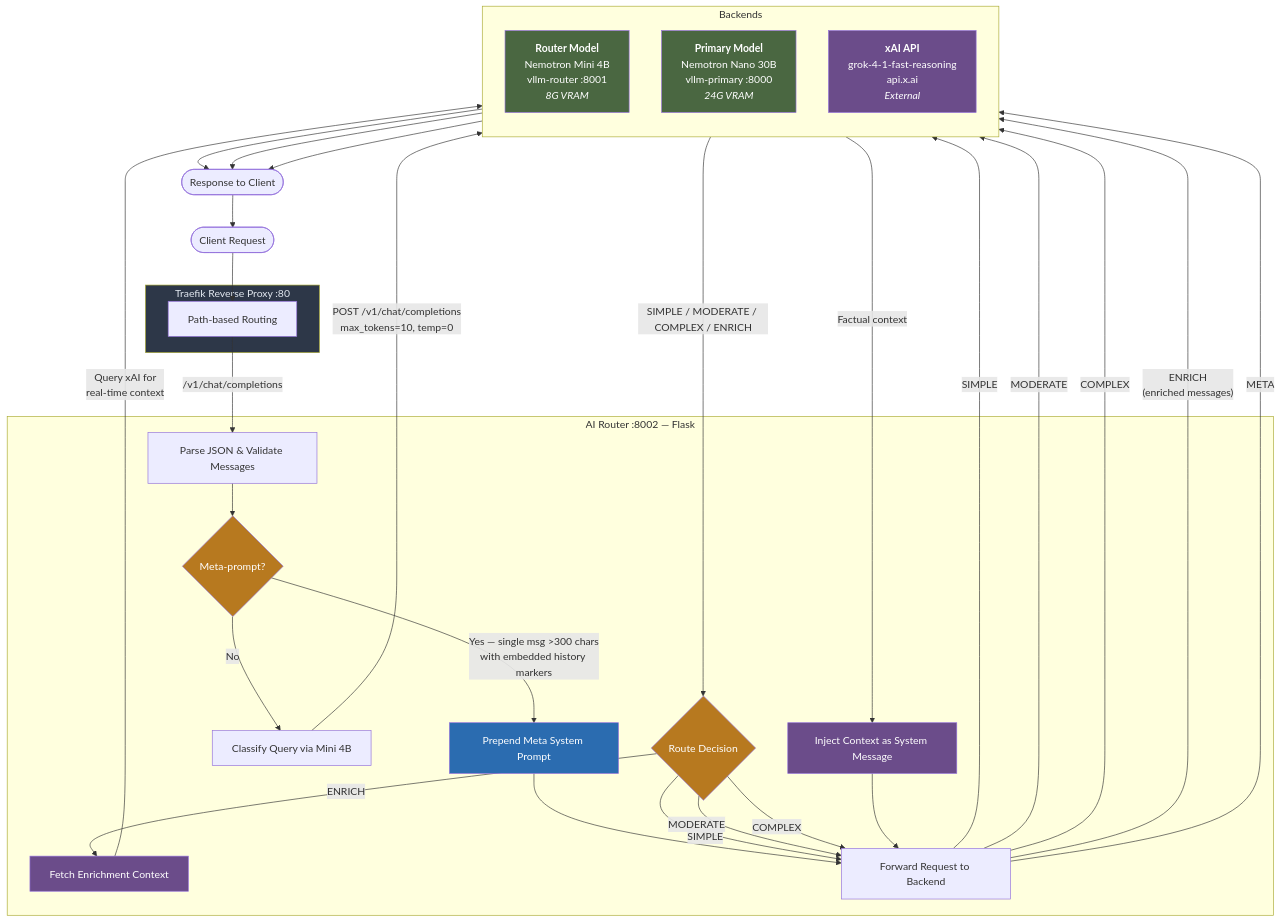
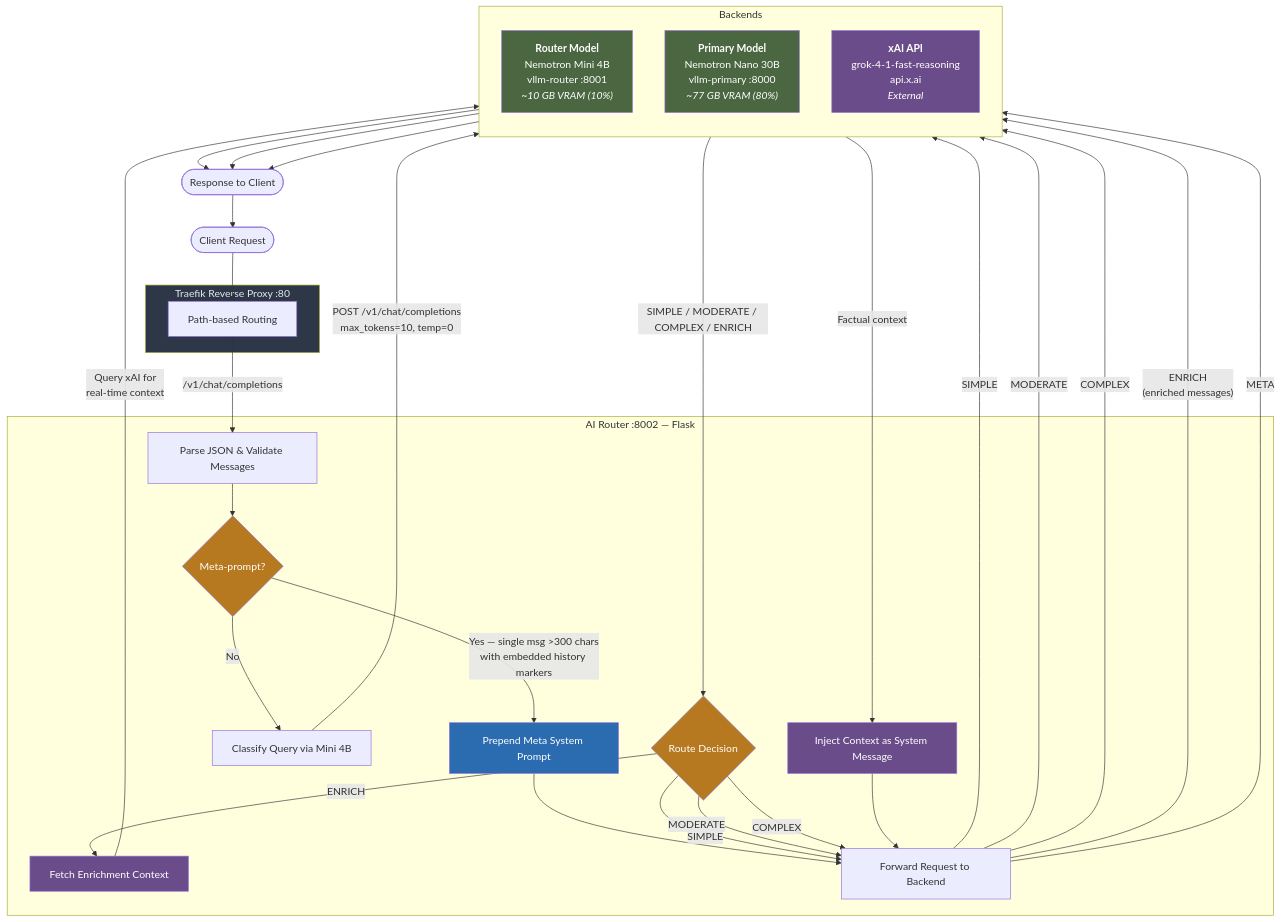
The first of 4 diagrams in docs/architecture.md (nominalgeek/ai-router), drawn with Mermaid before and after one commit. The commit also changed 4 other files, not shown here.

````diff
--- a/docs/architecture.md
+++ b/docs/architecture.md
@@ -9,67 +9,67 @@
 ```mermaid
 flowchart TD
     Client([Client Request])
 
     subgraph Traefik["Traefik Reverse Proxy :80"]
         LB[Path-based Routing]
     end
 
     subgraph Router Service["AI Router :8002 — Flask"]
         Parse[Parse JSON & Validate Messages]
         MetaCheck{Meta-prompt?}
         MetaInject[Prepend Meta System Prompt]
         Classify[Classify Query via Mini 4B]
         Decision{Route Decision}
         Enrich[Fetch Enrichment Context]
         Inject[Inject Context as System Message]
         Forward[Forward Request to Backend]
     end
 
     subgraph Backends
         direction TB
-        Mini["<b>Router Model</b><br/>Nemotron Mini 4B<br/>vllm-router :8001<br/><i>8G VRAM</i>"]
-        Primary["<b>Primary Model</b><br/>Nemotron Nano 30B<br/>vllm-primary :8000<br/><i>24G VRAM</i>"]
+        Mini["<b>Router Model</b><br/>Nemotron Mini 4B<br/>vllm-router :8001<br/><i>~10 GB VRAM (10%)</i>"]
+        Primary["<b>Primary Model</b><br/>Nemotron Nano 30B<br/>vllm-primary :8000<br/><i>~77 GB VRAM (80%)</i>"]
         XAI["<b>xAI API</b><br/>grok-4-1-fast-reasoning<br/>api.x.ai<br/><i>External</i>"]
     end
 
     Response([Response to Client])
 
     Client --> LB
     LB -->|"/v1/chat/completions"| Parse
     Parse --> MetaCheck
     MetaCheck -->|"Yes — single msg >300 chars<br/>with embedded history markers"| MetaInject
     MetaCheck -->|"No"| Classify
     MetaInject --> Forward
     Classify -->|"POST /v1/chat/completions<br/>max_tokens=10, temp=0"| Mini
     Mini -->|"SIMPLE / MODERATE / COMPLEX / ENRICH"| Decision
 
     Decision -->|"SIMPLE"| Forward
     Decision -->|"MODERATE"| Forward
     Decision -->|"COMPLEX"| Forward
     Decision -->|"ENRICH"| Enrich
 
     Enrich -->|"Query xAI for<br/>real-time context"| XAI
     XAI -->|"Factual context"| Inject
     Inject --> Forward
 
     Forward -->|"SIMPLE"| Mini
     Forward -->|"MODERATE"| Primary
     Forward -->|"COMPLEX"| XAI
     Forward -->|"ENRICH<br/>(enriched messages)"| Primary
     Forward -->|"META"| Primary
 
     Mini --> Response
     Primary --> Response
     XAI --> Response
     Response --> Client
 
     style Traefik fill:#2d3748,color:#e2e8f0
     style Mini fill:#4a6741,color:#fff
     style Primary fill:#4a6741,color:#fff
     style XAI fill:#6b4c8a,color:#fff
     style Decision fill:#b7791f,color:#fff
     style MetaCheck fill:#b7791f,color:#fff
     style MetaInject fill:#2b6cb0,color:#fff
     style Enrich fill:#6b4c8a,color:#fff
     style Inject fill:#6b4c8a,color:#fff
 ```
````
